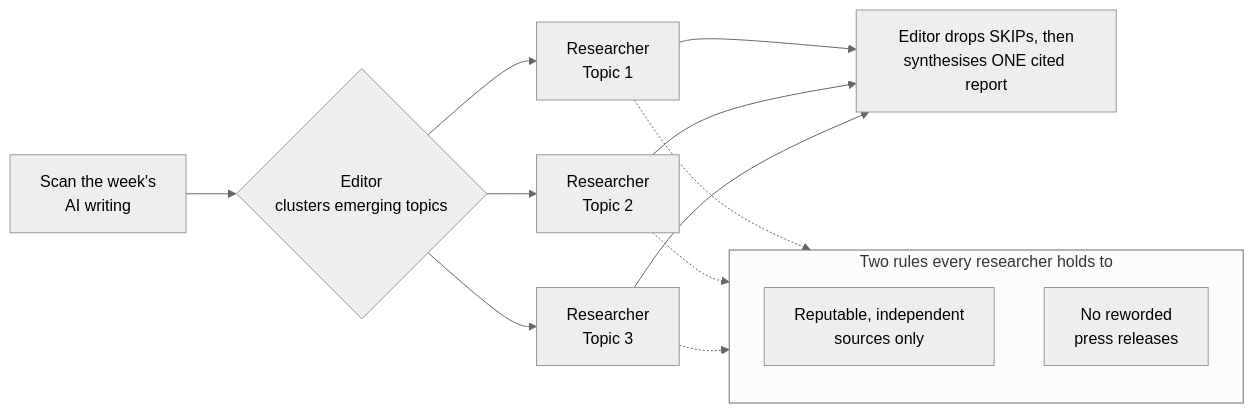
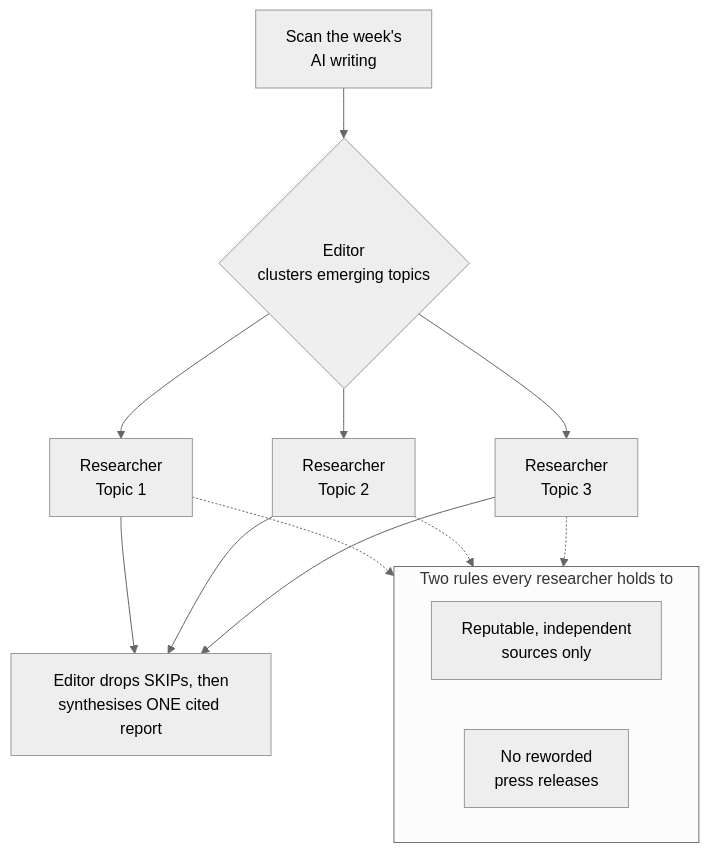
One commit to joel-langchain/throughline changed the diagram in README.md. Above: the diagram before and after it, drawn with Mermaid (neutral theme).

Commit message:
Switch architecture diagram to top-down layout

````diff
--- a/README.md
+++ b/README.md
@@ -15,18 +15,18 @@
 ```mermaid
-flowchart LR
+flowchart TD
     A[Scan the week's<br/>AI writing] --> B{Editor<br/>clusters emerging topics}
     B --> R1[Researcher<br/>Topic 1]
     B --> R2[Researcher<br/>Topic 2]
     B --> R3[Researcher<br/>Topic 3]
     subgraph G [Two rules every researcher holds to]
-        direction TB
+        direction LR
         Q1[Reputable, independent<br/>sources only]
         Q2[No reworded<br/>press releases]
     end
     R1 -.-> G
     R2 -.-> G
     R3 -.-> G
     R1 --> S[Editor drops SKIPs, then<br/>synthesises ONE cited report]
     R2 --> S
     R3 --> S
 ```
````
